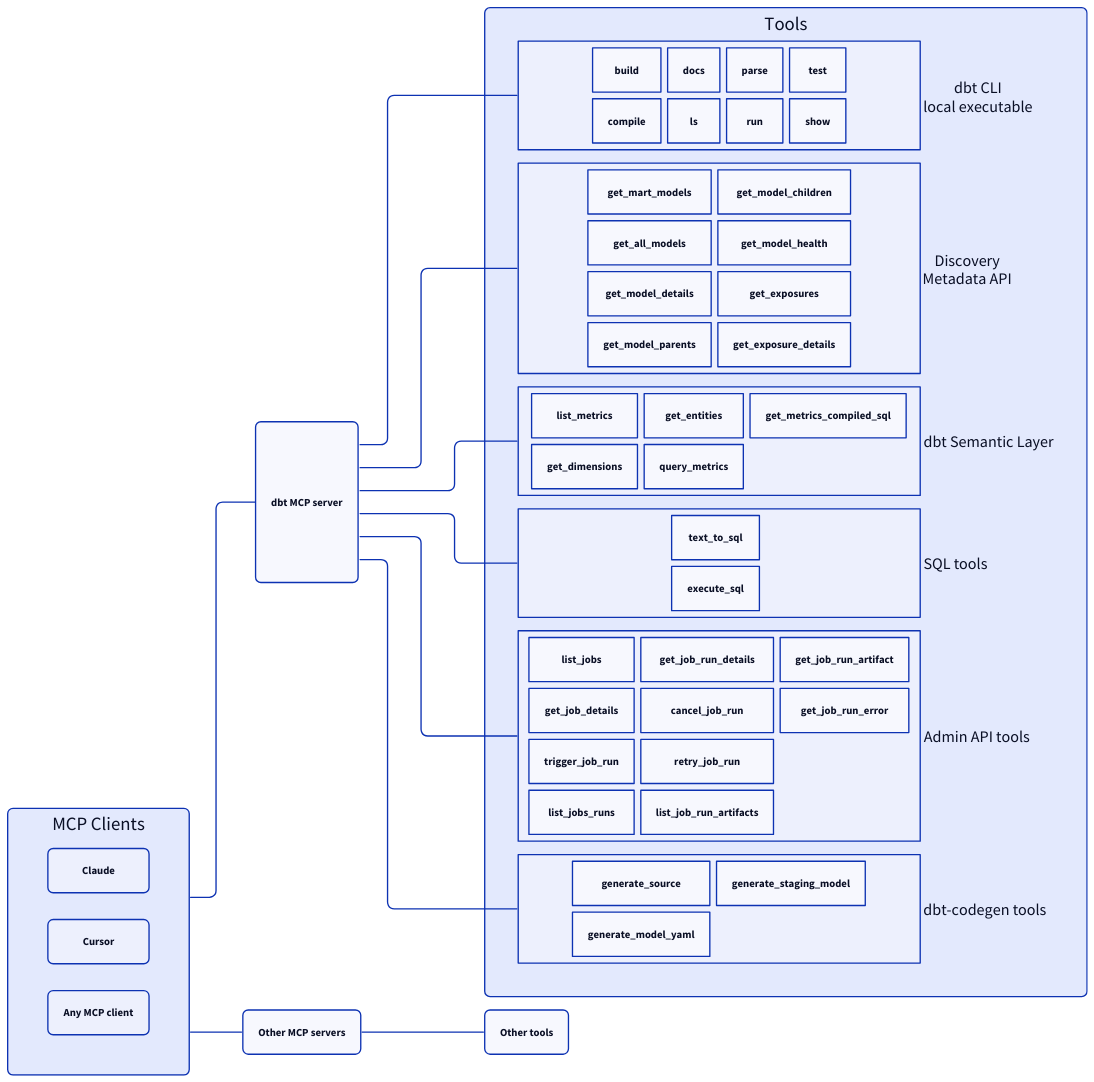
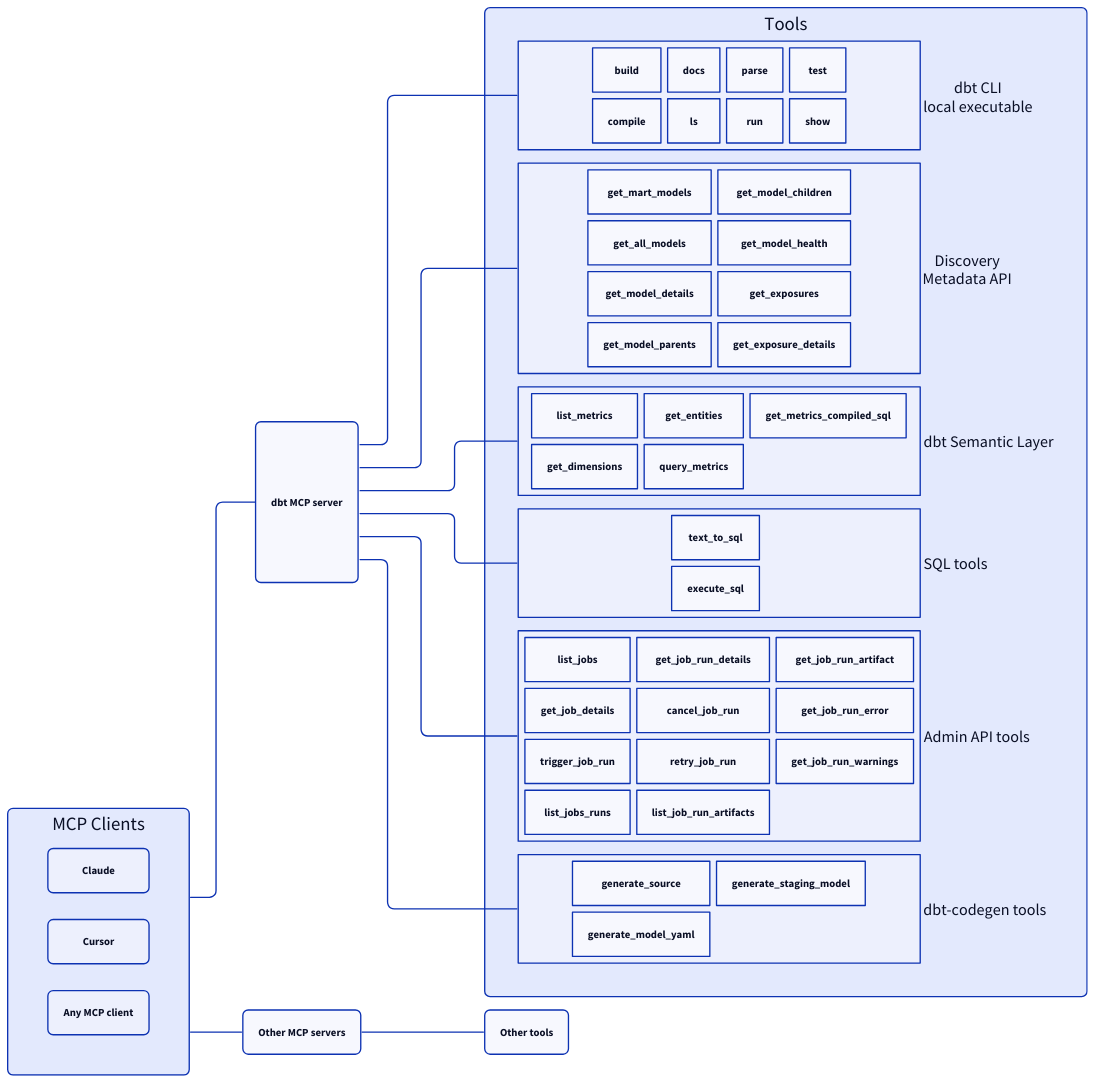
Before and after one commit to jairus-m/dbt-mcp: the diagram in docs/diagram.d2, drawn with D2. The commit also changed 15 other files, not shown here.

Commit message:
Add get_job_run_warnings to Admin API tools

```diff
--- a/docs/diagram.d2
+++ b/docs/diagram.d2
@@ -1,113 +1,114 @@
 vars: {
   d2-config: {
     layout-engine: elk
   }
 }
 
 direction: right
 *.style.border-radius: 8
 
 classes: {
   container: {
     grid-columns: 2
     grid-rows: 2
     grid-gap: 10
     width: 600
     *.style.border-radius: 8
   }
 
   big-container: {
     grid-columns: 2
     grid-rows: 4
     grid-gap: 10
     width: 600
     *.style.border-radius: 8
   }
 }
 
 mcp: dbt MCP server
 
 tools: Tools {
   cli: dbt CLI\nlocal executable {
     label.near: outside-right-center
     class: container
     build
     compile
     docs
     ls
     parse
     run
     test
     show
   }
 
   discovery: Discovery\nMetadata API {
     label.near: outside-right-center
     class: big-container
     get_mart_models
     get_all_models
     get_model_details
     get_model_parents
     get_model_children
     get_model_health
     get_exposures
     get_exposure_details
   }
 
   sl: dbt Semantic Layer {
     label.near: outside-right-center
     class: container
     list_metrics
     get_dimensions
     get_entities
     query_metrics
     get_metrics_compiled_sql
   }
 
   sql: SQL tools {
     label.near: outside-right-center
     class: container
     text_to_sql
     execute_sql
   }
 
   admin: Admin API tools {
     label.near: outside-right-center
     class: big-container
     list_jobs
     get_job_details
     trigger_job_run
     list_jobs_runs
     get_job_run_details
     cancel_job_run
     retry_job_run
     list_job_run_artifacts
     get_job_run_artifact
     get_job_run_error
+    get_job_run_warnings
   }
 
   codegen: dbt-codegen tools {
     label.near: outside-right-center
     class: container
     generate_source
     generate_model_yaml
     generate_staging_model
   }
 }
 
 mcp -- tools.*
 
 clients: MCP Clients {
   grid-columns: 1
   *.style.border-radius: 8
   Claude
   Cursor
   mcp_clients: Any MCP client
 }
 
 other_mcp: Other MCP servers
 other_tools: Other tools
 
 clients -- mcp
 clients -- other_mcp
 other_mcp -- other_tools
```
